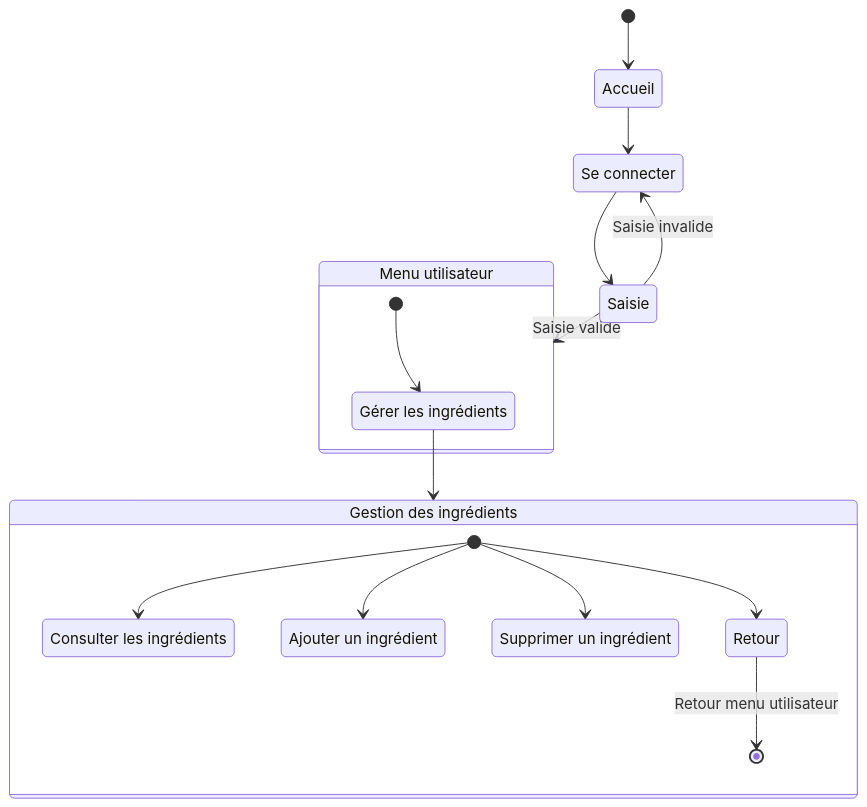
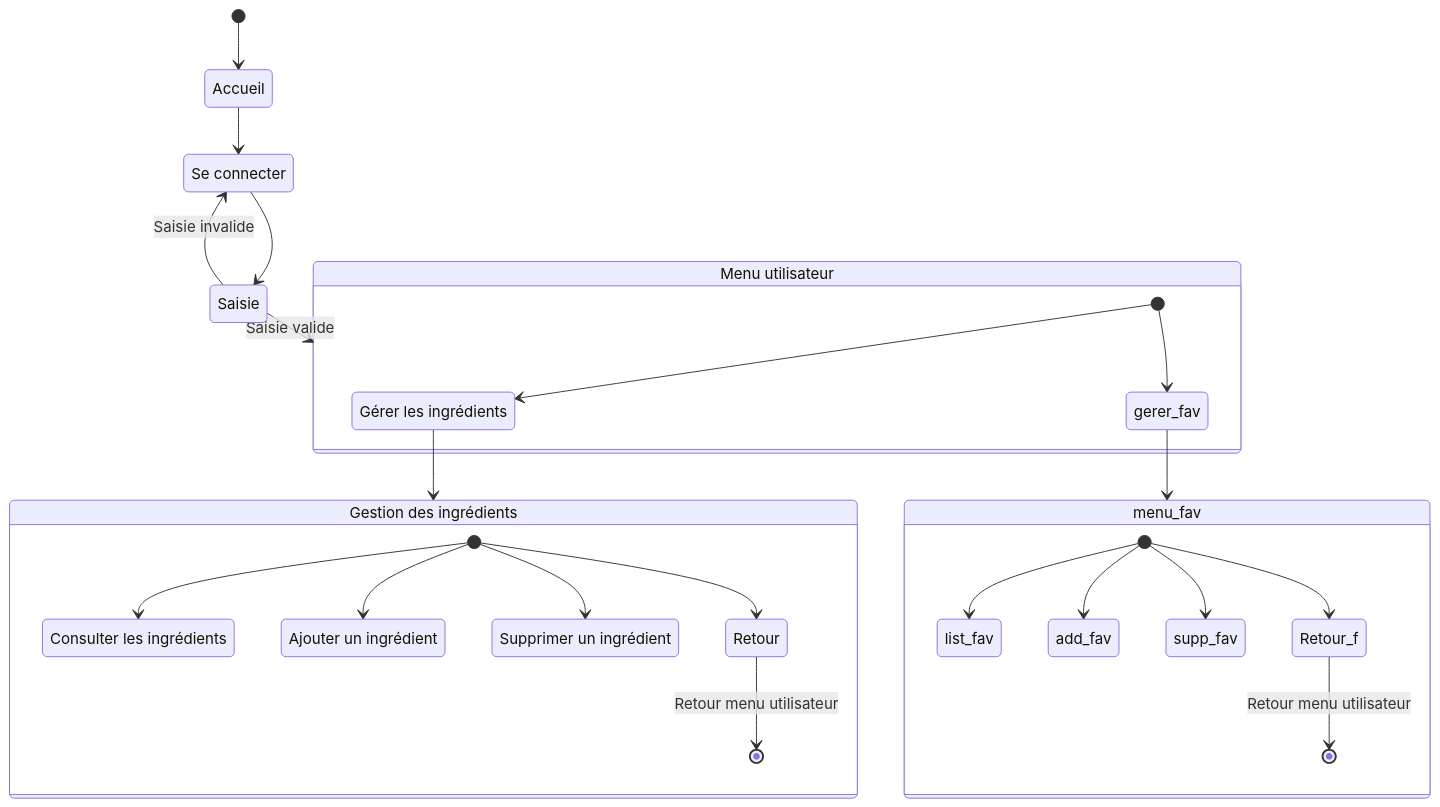
Before and after one commit to bbrunel/ENSAI-2A-projet-info: the eighth of 9 diagrams in doc/diag_activites.md, drawn with Mermaid. The commit also changed other lines of this file, not shown here.

````diff
--- a/doc/diag_activites.md
+++ b/doc/diag_activites.md
@@ -284,33 +375,44 @@
 ```mermaid
 stateDiagram
     login : Se connecter
     menu_utilisateur : Menu utilisateur
     menu_ingr : Gestion des ingrédients
     gerer_ingr : Gérer les ingrédients
     Consulter_les_ingrédients : Consulter les ingrédients
     Ajouter_un_ingrédient : Ajouter un ingrédient
     Supprimer_un_ingrédient : Supprimer un ingrédient
     
     [*] --> Accueil
 
     Accueil --> login
 
     login --> Saisie
     Saisie --> menu_utilisateur: Saisie valide
     Saisie --> login: Saisie invalide
 
     state menu_utilisateur {
     	[*] --> gerer_ingr
+      [*] --> gerer_fav
     }
 
   gerer_ingr --> menu_ingr
+
+  gerer_fav --> menu_fav
 
     state menu_ingr {
       [*] --> Consulter_les_ingrédients
       [*] --> Ajouter_un_ingrédient
       [*] --> Supprimer_un_ingrédient
       [*] --> Retour
       Retour --> [*]: Retour menu utilisateur
         
     }
+
+    state menu_fav {
+      [*] --> list_fav
+      [*] --> add_fav
+      [*] --> supp_fav
+      [*] --> Retour_f
+      Retour_f --> [*]: Retour menu utilisateur
+    }
 ```
````
